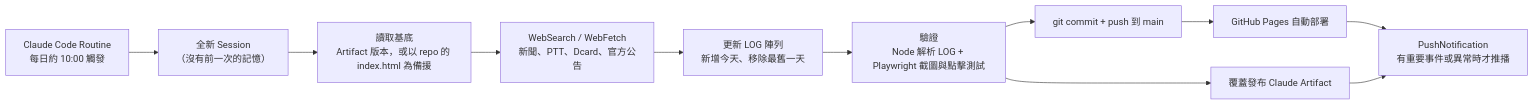
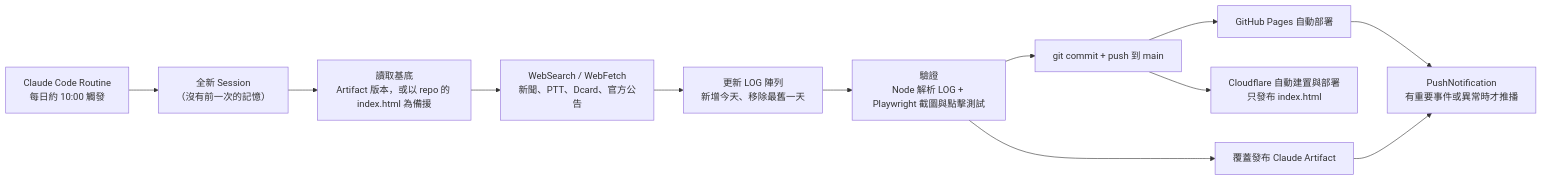
One commit to cjw9223233/mrt-log changed the diagram in README.md. Above: the diagram before and after it, drawn with Mermaid. The commit also changed other lines of this file and 2 other files, not shown here.

First line of the commit message:
文件：補上 Cloudflare 發布點與待確認事項

````diff
--- a/README.md
+++ b/README.md
@@ -65,13 +65,14 @@
 ```mermaid
 flowchart LR
     R["Claude Code Routine<br/>每日約 10:00 觸發"] --> S["全新 Session<br/>（沒有前一次的記憶）"]
     S --> B["讀取基底<br/>Artifact 版本，或以 repo 的 index.html 為備援"]
     B --> W["WebSearch / WebFetch<br/>新聞、PTT、Dcard、官方公告"]
     W --> L["更新 LOG 陣列<br/>新增今天、移除最舊一天"]
     L --> V["驗證<br/>Node 解析 LOG + Playwright 截圖與點擊測試"]
     V --> G["git commit + push 到 main"]
     V --> A["覆蓋發布 Claude Artifact"]
     G --> P["GitHub Pages 自動部署"]
+    G --> C["Cloudflare 自動建置與部署<br/>只發布 index.html"]
     P --> N["PushNotification<br/>有重要事件或異常時才推播"]
     A --> N
 ```
````
